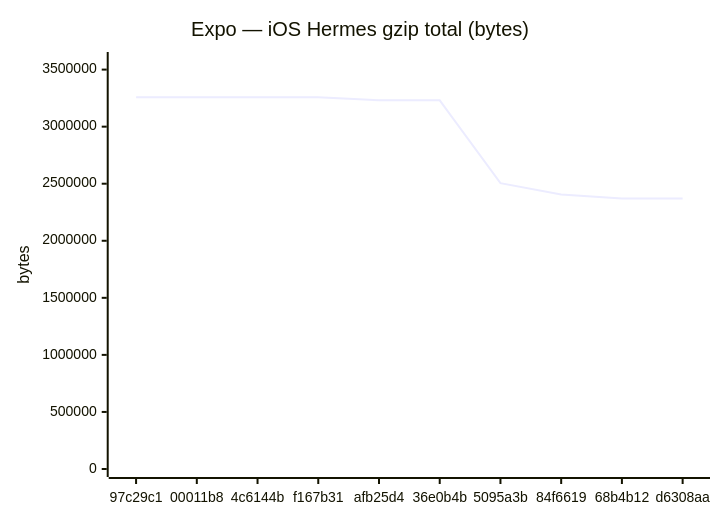
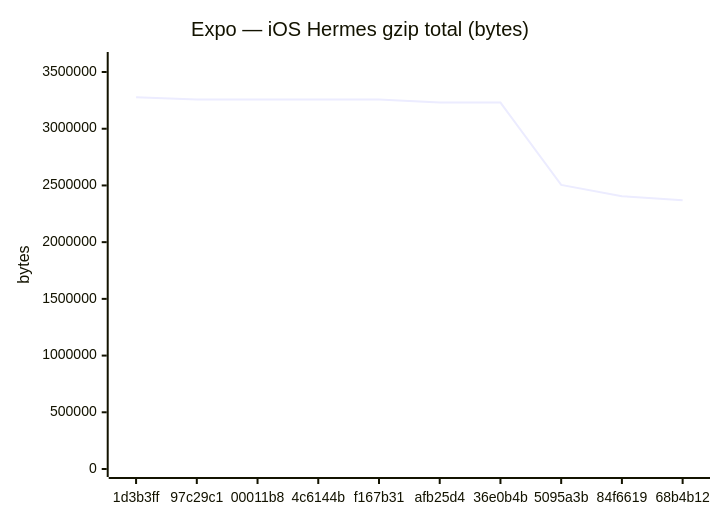
One commit to Metaheurist/Rianell changed the sixth of 18 diagrams in benchmarks/compare.md. Above: the diagram before and after it, drawn with Mermaid. The commit also changed other lines of this file and 11 other files, not shown here.

````diff
--- a/benchmarks/compare.md
+++ b/benchmarks/compare.md
@@ -96,7 +96,7 @@
 ```mermaid
 xychart-beta
     title "Expo — iOS Hermes gzip total (bytes)"
-    x-axis ["97c29c1", "00011b8", "4c6144b", "f167b31", "afb25d4", "36e0b4b", "5095a3b", "84f6619", "68b4b12", "d6308aa"]
-    y-axis "bytes" 0 --> 3584104
-    line [3258272, 3258276, 3258273, 3258270, 3230867, 3230712, 2504401, 2405024, 2370491, 2370493]
+    x-axis ["1d3b3ff", "97c29c1", "00011b8", "4c6144b", "f167b31", "afb25d4", "36e0b4b", "5095a3b", "84f6619", "68b4b12"]
+    y-axis "bytes" 0 --> 3606018
+    line [3278198, 3258272, 3258276, 3258273, 3258270, 3230867, 3230712, 2504401, 2405024, 2370491]
 ```
````
